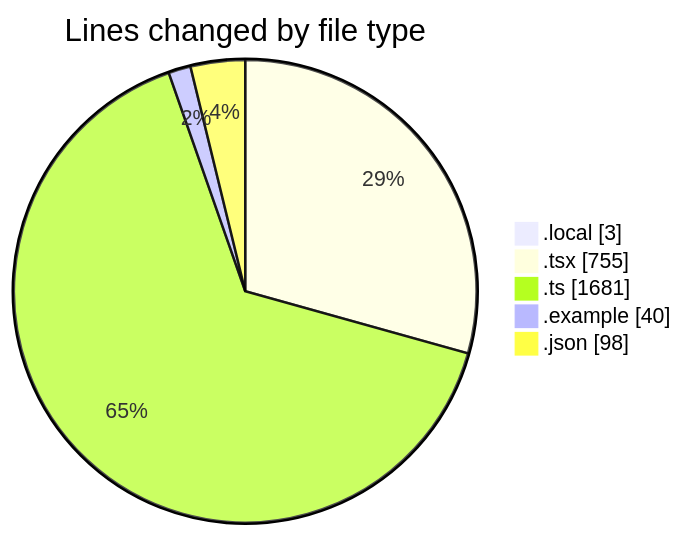
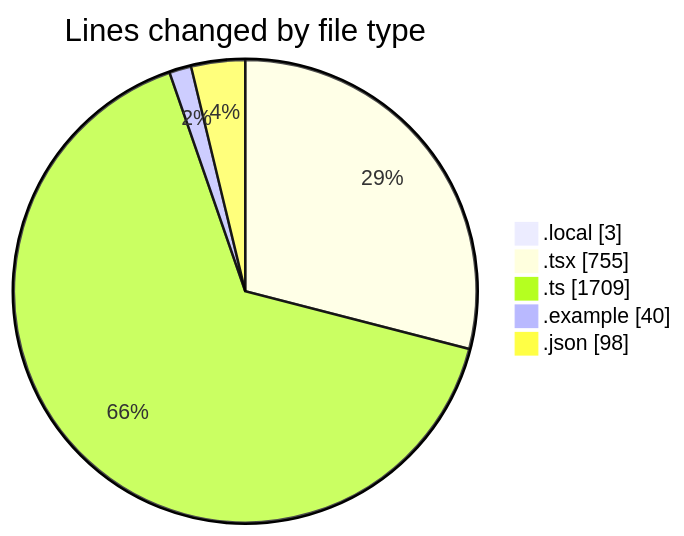
The first of 2 diagrams in 2025-11-20/eventscop-frontend-guide__workspace_/README.md (julien-gomy/code-tracking), drawn with Mermaid before and after one commit. The commit also changed other lines of this file and 1 other file, not shown here.

````diff
--- a/2025-11-20/eventscop-frontend-guide__workspace_/README.md
+++ b/2025-11-20/eventscop-frontend-guide__workspace_/README.md
@@ -50,9 +50,9 @@
 ```mermaid
 pie showData
 title Lines changed by file type
 ".local" : 3
 ".tsx" : 755
-".ts" : 1681
+".ts" : 1709
 ".example" : 40
 ".json" : 98
 ```
````
